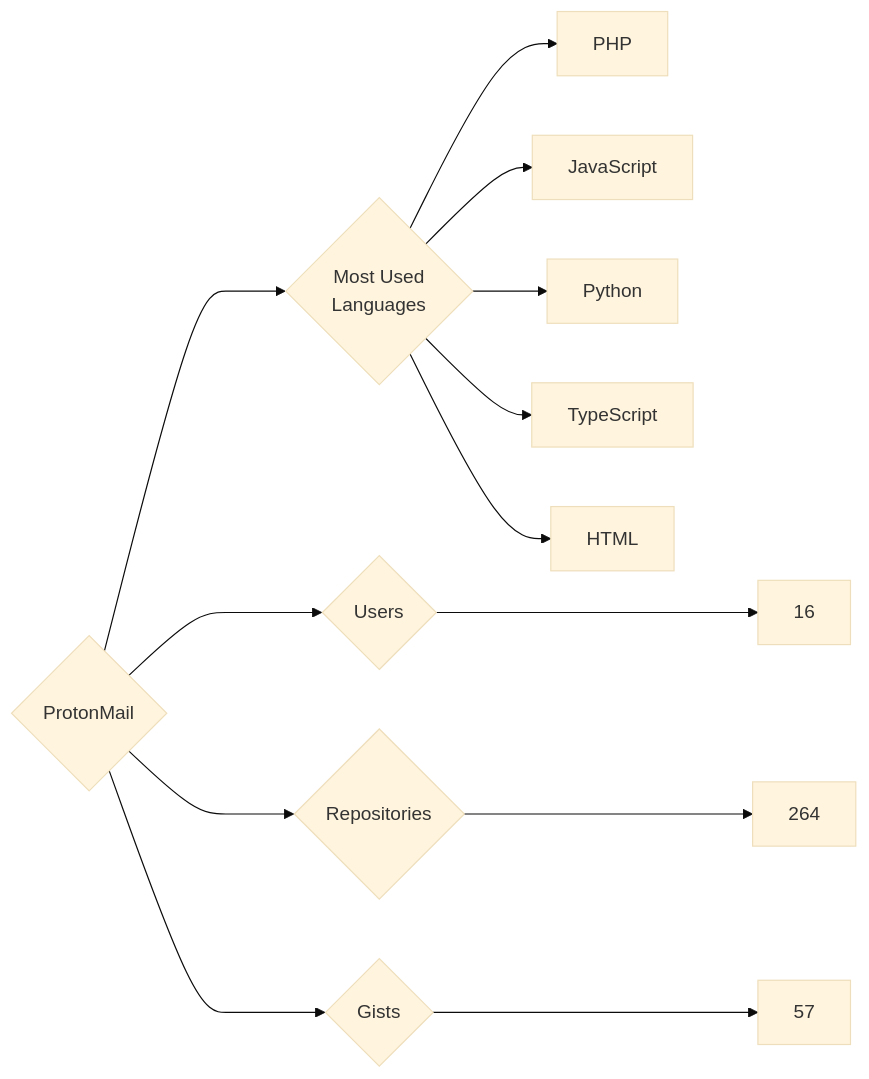
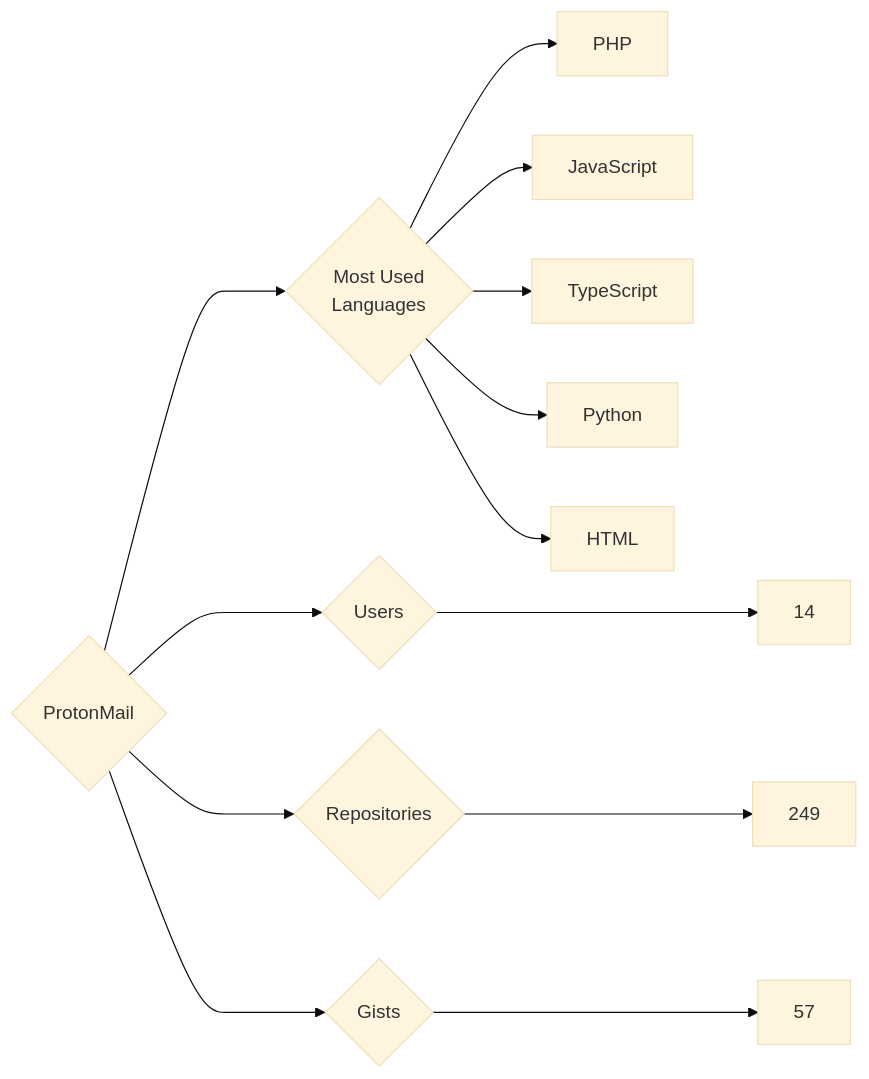
The diagram in targets/ProtonMail/README.md (trickest/insiders), drawn with Mermaid (base theme) before and after one commit. The commit also changed 995 other files, not shown here.

````diff
--- a/targets/ProtonMail/README.md
+++ b/targets/ProtonMail/README.md
@@ -3,13 +3,13 @@
 ```mermaid
 graph LR
 COMPANY_NAME{ProtonMail}
-COMPANY_NAME ---> U{Users} ---> UN[16]
-COMPANY_NAME ---> R{Repositories} ---> RN[264]
+COMPANY_NAME ---> U{Users} ---> UN[14]
+COMPANY_NAME ---> R{Repositories} ---> RN[249]
 COMPANY_NAME ---> G{Gists} ---> GN[57]
 COMPANY_NAME ---> ML{Most Used<br>Languages}
 ML --> PHP[PHP]
 ML --> JavaScript[JavaScript]
+ML --> TypeScript[TypeScript]
 ML --> Python[Python]
-ML --> TypeScript[TypeScript]
 ML --> HTML[HTML]
 ```
````
